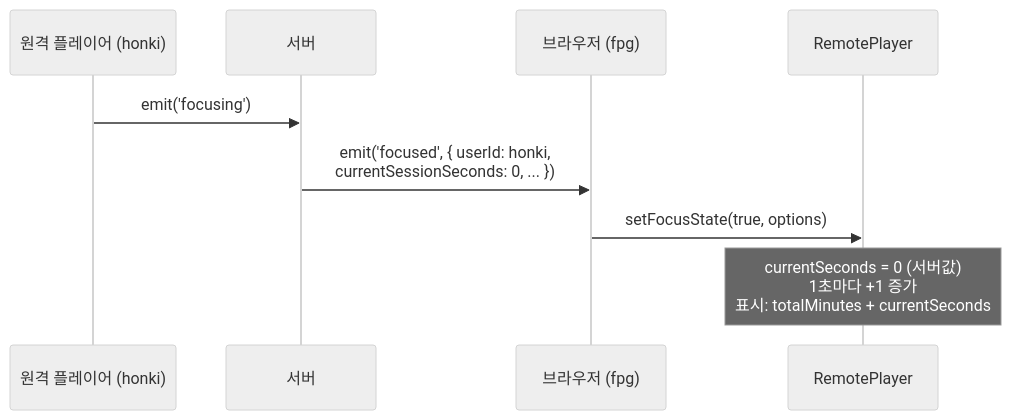
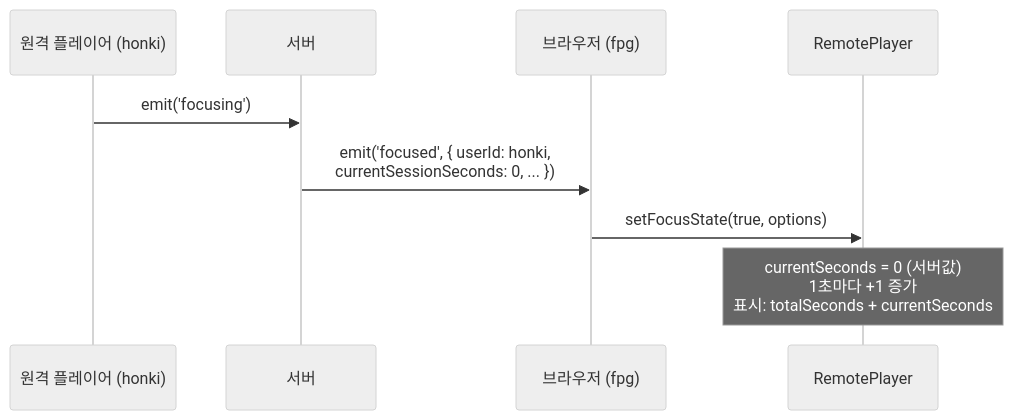
Before and after one commit to boostcampwm2025/web19-estrogenquattro: the fourth of 10 diagrams in docs/reference/FOCUS_TIME.md, drawn with Mermaid (neutral theme). The commit also changed other lines of this file and 24 other files, not shown here.

````diff
--- a/docs/reference/FOCUS_TIME.md
+++ b/docs/reference/FOCUS_TIME.md
@@ -119,13 +119,13 @@
 ```mermaid
 sequenceDiagram
     participant Remote as 원격 플레이어 (honki)
     participant Server as 서버
     participant Browser as 브라우저 (fpg)
     participant RP as RemotePlayer
 
     Remote->>Server: emit('focusing')
     Server->>Browser: emit('focused', { userId: honki,<br/>currentSessionSeconds: 0, ... })
 
     Browser->>RP: setFocusState(true, options)
-    Note over RP: currentSeconds = 0 (서버값)<br/>1초마다 +1 증가<br/>표시: totalMinutes + currentSeconds
+    Note over RP: currentSeconds = 0 (서버값)<br/>1초마다 +1 증가<br/>표시: totalSeconds + currentSeconds
 ```
````
